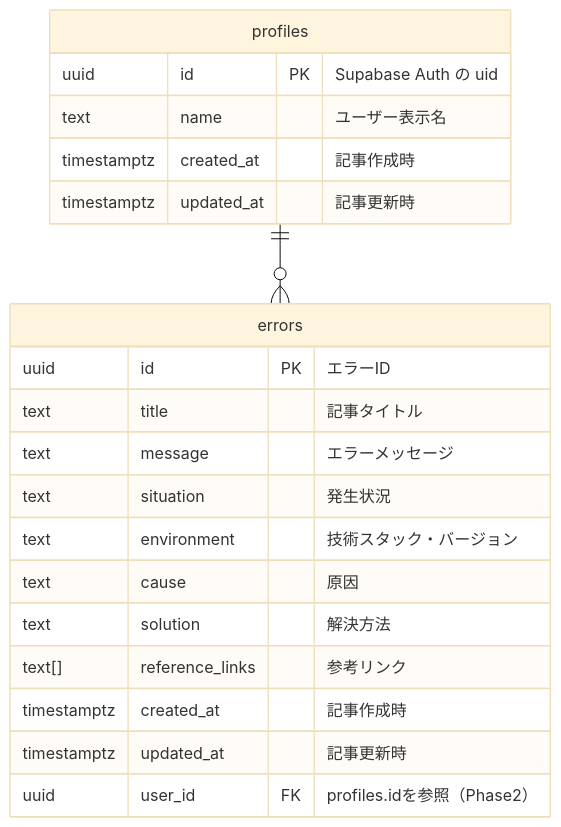
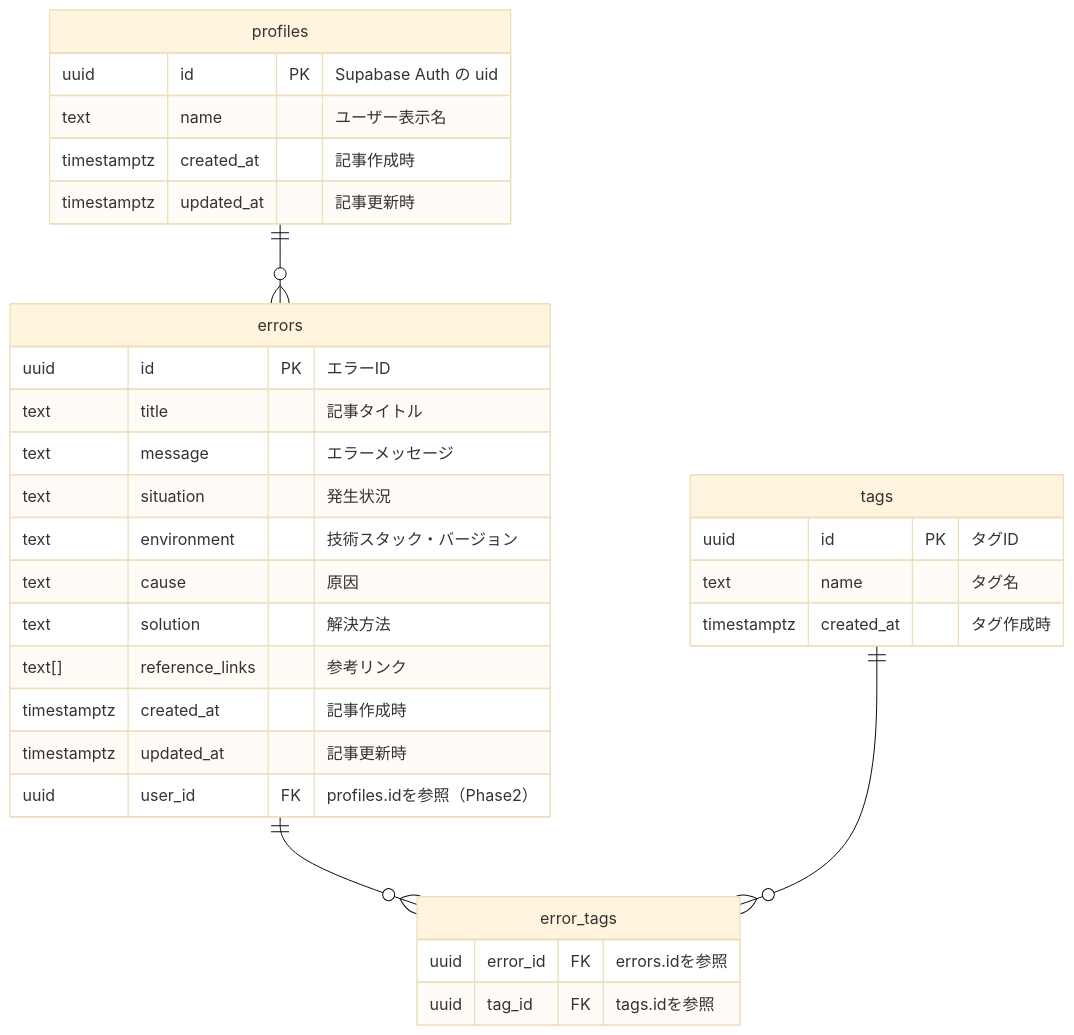
One commit to masakiYLv1/errordict changed the diagram in docs/データベース設計書.md. Above: the diagram before and after it, drawn with Mermaid (base theme). The commit also changed other lines of this file, not shown here.

````diff
--- a/docs/データベース設計書.md
+++ b/docs/データベース設計書.md
@@ -5,29 +5,44 @@
 ```mermaid
 erDiagram
   %% errors
   errors {
     uuid id PK "エラーID"
     text title "記事タイトル"
     text message "エラーメッセージ"
     text situation "発生状況"
     text environment "技術スタック・バージョン"
     text cause "原因"
     text solution "解決方法"
     text[] reference_links "参考リンク"
     timestamptz created_at "記事作成時"
     timestamptz updated_at "記事更新時"
     uuid user_id FK "profiles.idを参照（Phase2）"
   }
 
+  %% tags
+  tags {
+    uuid id PK "タグID"
+    text name "タグ名"
+    timestamptz created_at "タグ作成時"
+  }
+
+  %% error_tags
+  error_tags {
+    uuid error_id FK "errors.idを参照"
+    uuid tag_id FK "tags.idを参照"
+  }
+
   %% profiles Phase2で実装
   profiles {
     uuid id PK "Supabase Auth の uid"
     text name "ユーザー表示名"
     timestamptz created_at "記事作成時"
     timestamptz updated_at "記事更新時"
   }
 
   %% リレーション
+  errors ||--o{ error_tags : ""
+  tags ||--o{ error_tags : ""
   profiles ||--o{ errors : ""
 
 ```
````
